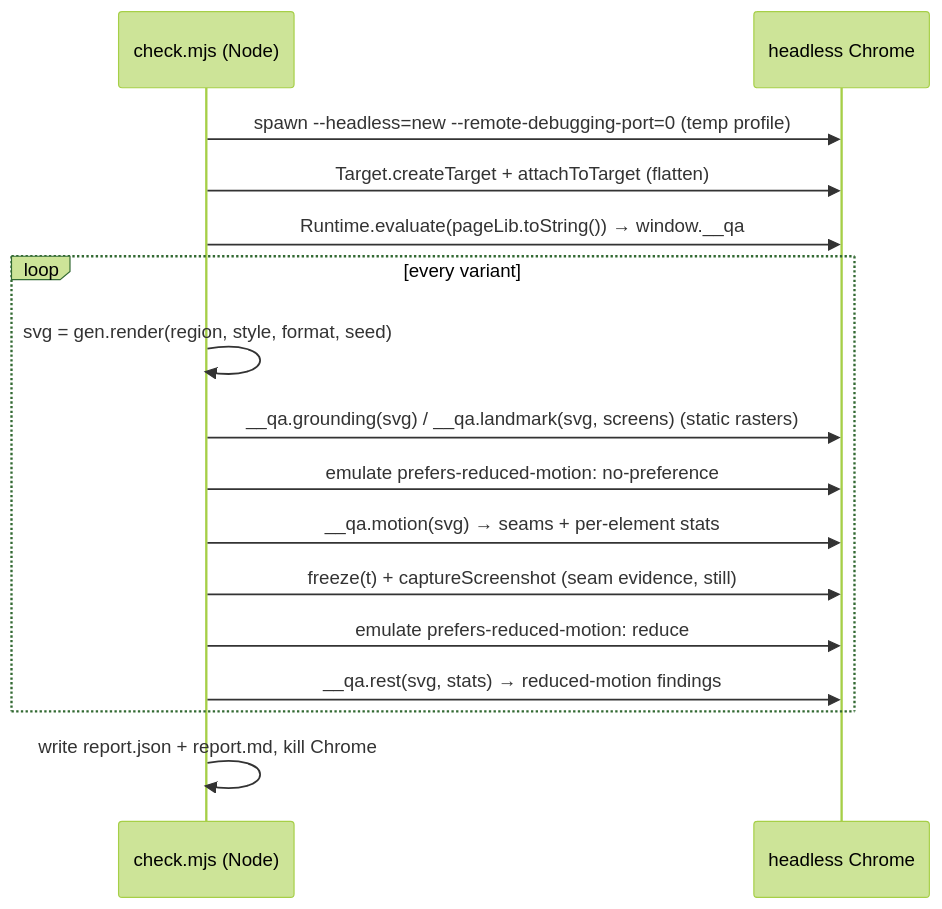
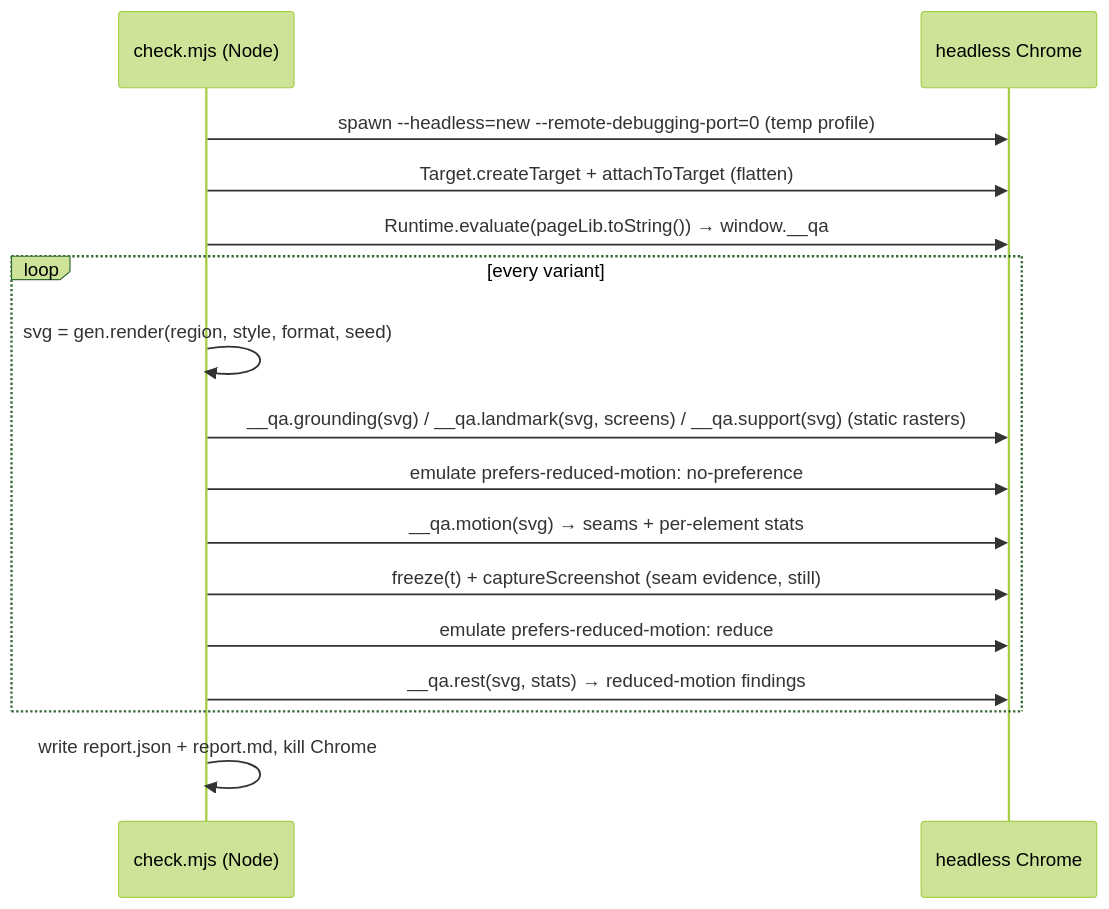
The diagram in docs/qa-harness.md (recferret-bit/tokengaroo), drawn with Mermaid (forest theme) before and after one commit. The commit also changed other lines of this file and 84 other files, not shown here.

````diff
--- a/docs/qa-harness.md
+++ b/docs/qa-harness.md
@@ -60,18 +62,18 @@
 ```mermaid
 sequenceDiagram
   participant H as check.mjs (Node)
   participant C as headless Chrome
   H->>C: spawn --headless=new --remote-debugging-port=0 (temp profile)
   H->>C: Target.createTarget + attachToTarget (flatten)
   H->>C: Runtime.evaluate(pageLib.toString()) → window.__qa
   loop every variant
     H->>H: svg = gen.render(region, style, format, seed)
-    H->>C: __qa.grounding(svg) / __qa.landmark(svg, screens)   (static rasters)
+    H->>C: __qa.grounding(svg) / __qa.landmark(svg, screens) / __qa.support(svg)   (static rasters)
     H->>C: emulate prefers-reduced-motion: no-preference
     H->>C: __qa.motion(svg) → seams + per-element stats
     H->>C: freeze(t) + captureScreenshot (seam evidence, still)
     H->>C: emulate prefers-reduced-motion: reduce
     H->>C: __qa.rest(svg, stats) → reduced-motion findings
   end
   H->>H: write report.json + report.md, kill Chrome
 ```
````
